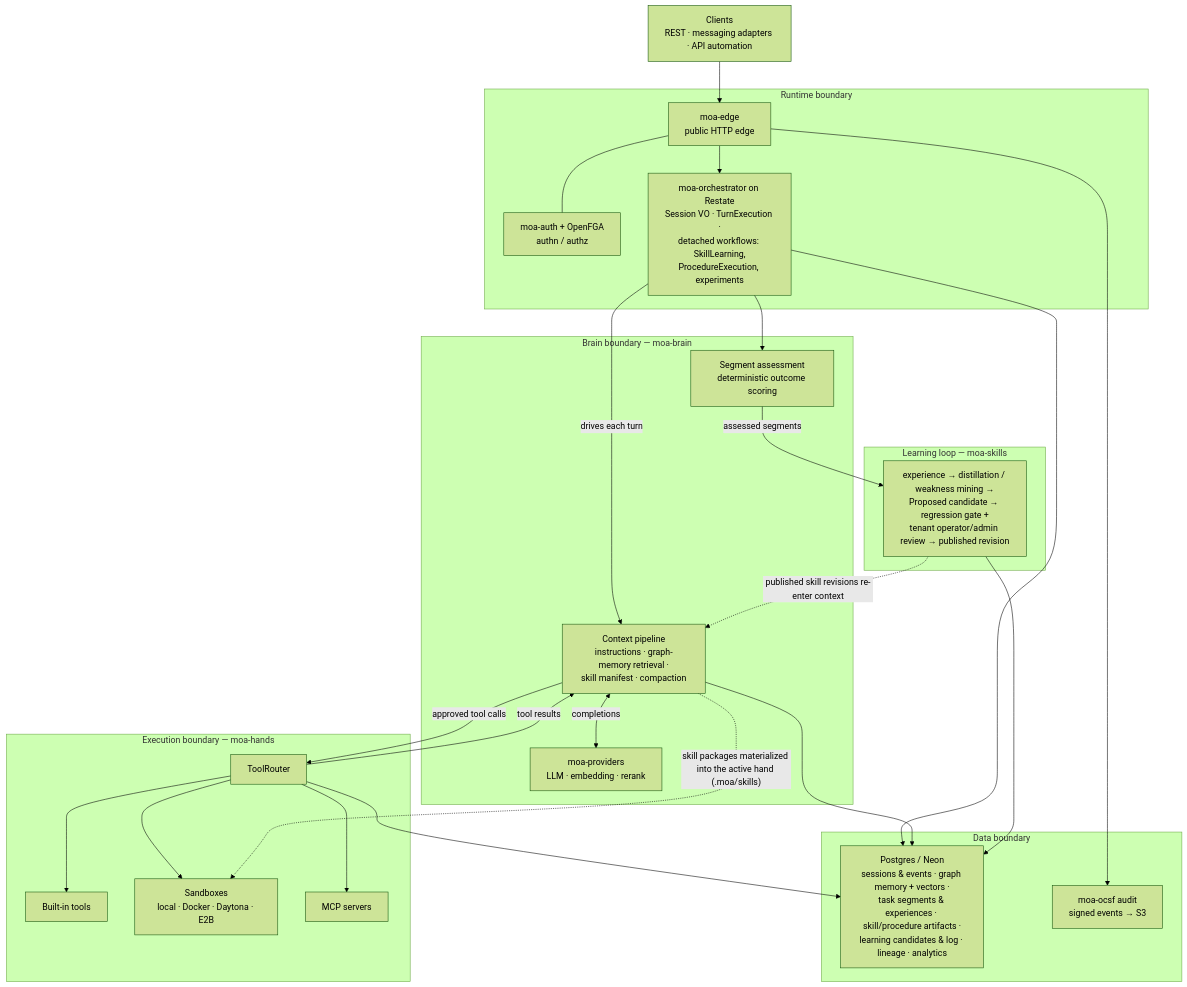
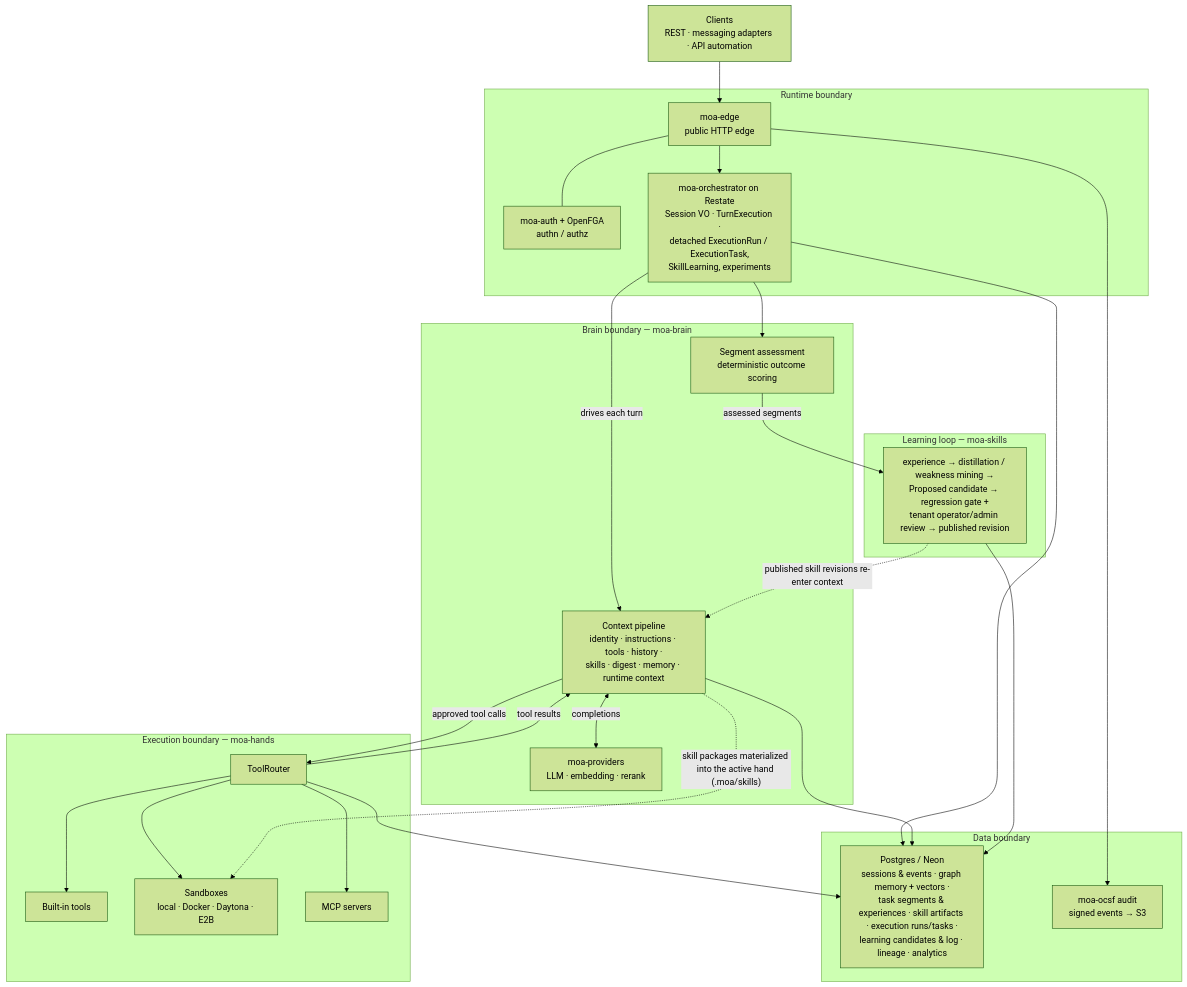
One commit to hwuiwon/moa changed the first of 3 diagrams in ARCHITECTURE.md. Above: the diagram before and after it, drawn with Mermaid (forest theme). The commit also changed other lines of this file and 377 other files, not shown here.

Commit message:
replace procedure runtime with dynamic, durable execution runs

````diff
--- a/ARCHITECTURE.md
+++ b/ARCHITECTURE.md
@@ -31,52 +31,52 @@
 ```mermaid
 flowchart TB
     Clients["Clients<br/>REST · messaging adapters · API automation"]
 
     subgraph Runtime["Runtime boundary"]
         Edge["moa-edge<br/>public HTTP edge"]
         Auth["moa-auth + OpenFGA<br/>authn / authz"]
-        Orchestrator["moa-orchestrator on Restate<br/>Session VO · TurnExecution ·<br/>detached workflows: SkillLearning,<br/>ProcedureExecution, experiments"]
+        Orchestrator["moa-orchestrator on Restate<br/>Session VO · TurnExecution ·<br/>detached ExecutionRun / ExecutionTask,<br/>SkillLearning, experiments"]
     end
 
     subgraph Brain["Brain boundary — moa-brain"]
-        Pipeline["Context pipeline<br/>instructions · graph-memory retrieval ·<br/>skill manifest · compaction"]
+        Pipeline["Context pipeline<br/>identity · instructions · tools · history ·<br/>skills · digest · memory · runtime context"]
         Providers["moa-providers<br/>LLM · embedding · rerank"]
         Assess["Segment assessment<br/>deterministic outcome scoring"]
     end
 
     subgraph Hands["Execution boundary — moa-hands"]
         Router["ToolRouter"]
         Builtin["Built-in tools"]
         Sandboxes["Sandboxes<br/>local · Docker · Daytona · E2B"]
         MCP["MCP servers"]
     end
 
     subgraph Learning["Learning loop — moa-skills"]
         Loop["experience → distillation / weakness mining →<br/>Proposed candidate → regression gate +<br/>tenant operator/admin review → published revision"]
     end
 
     subgraph Data["Data boundary"]
-        PG["Postgres / Neon<br/>sessions & events · graph memory + vectors ·<br/>task segments & experiences · skill/procedure artifacts ·<br/>learning candidates & log · lineage · analytics"]
+        PG["Postgres / Neon<br/>sessions & events · graph memory + vectors ·<br/>task segments & experiences · skill artifacts · execution runs/tasks ·<br/>learning candidates & log · lineage · analytics"]
         Audit["moa-ocsf audit<br/>signed events → S3"]
     end
 
     Clients --> Edge
     Edge --- Auth
     Edge --> Orchestrator
     Orchestrator -->|drives each turn| Pipeline
     Pipeline <-->|completions| Providers
     Pipeline -->|approved tool calls| Router
     Router -->|tool results| Pipeline
     Router --> Builtin
     Router --> Sandboxes
     Router --> MCP
     Pipeline -.->|"skill packages materialized into the active hand (.moa/skills)"| Sandboxes
     Orchestrator --> Assess
     Assess -->|assessed segments| Loop
     Loop -.->|published skill revisions re-enter context| Pipeline
     Orchestrator --> PG
     Pipeline --> PG
     Router --> PG
     Loop --> PG
     Edge --> Audit
 ```
````
